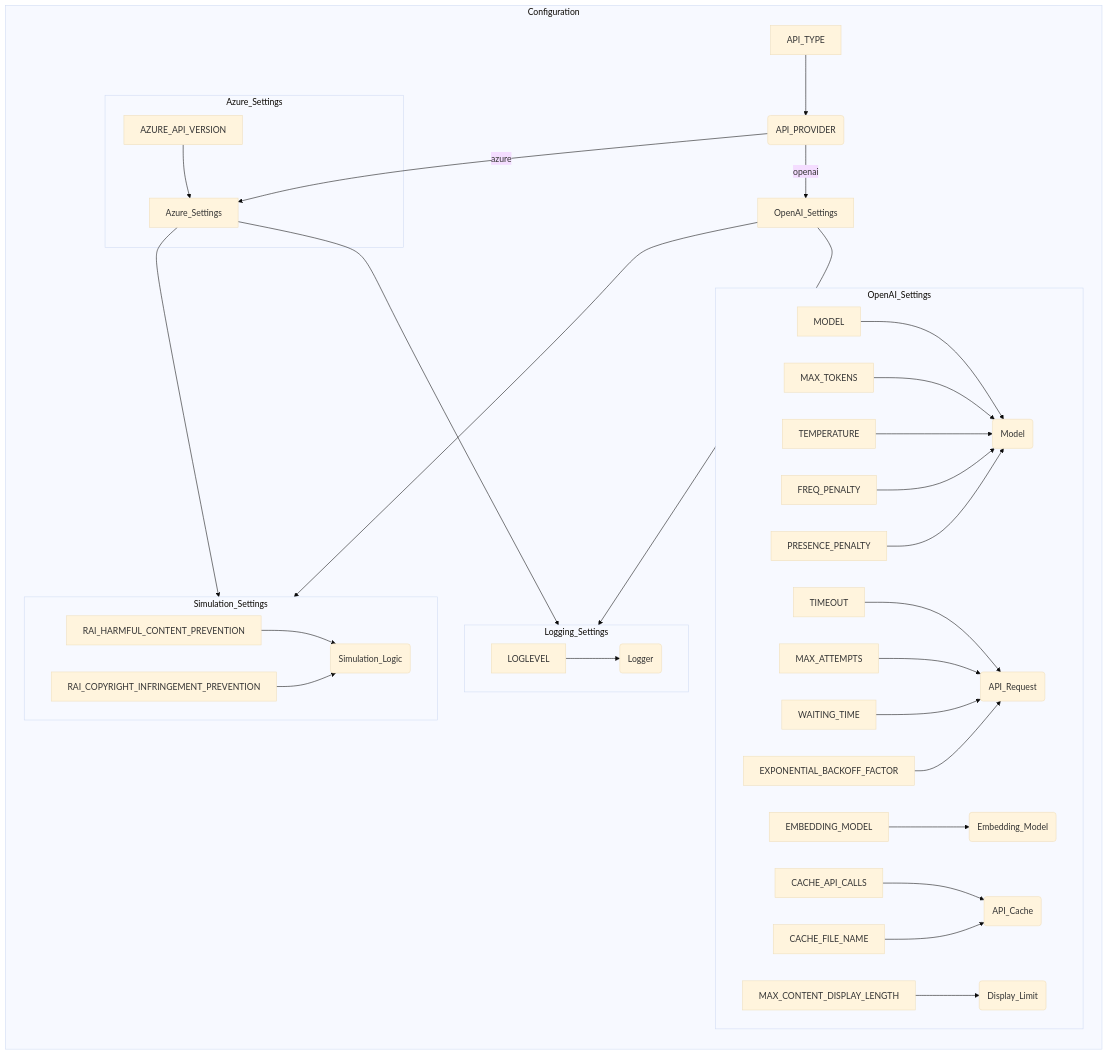
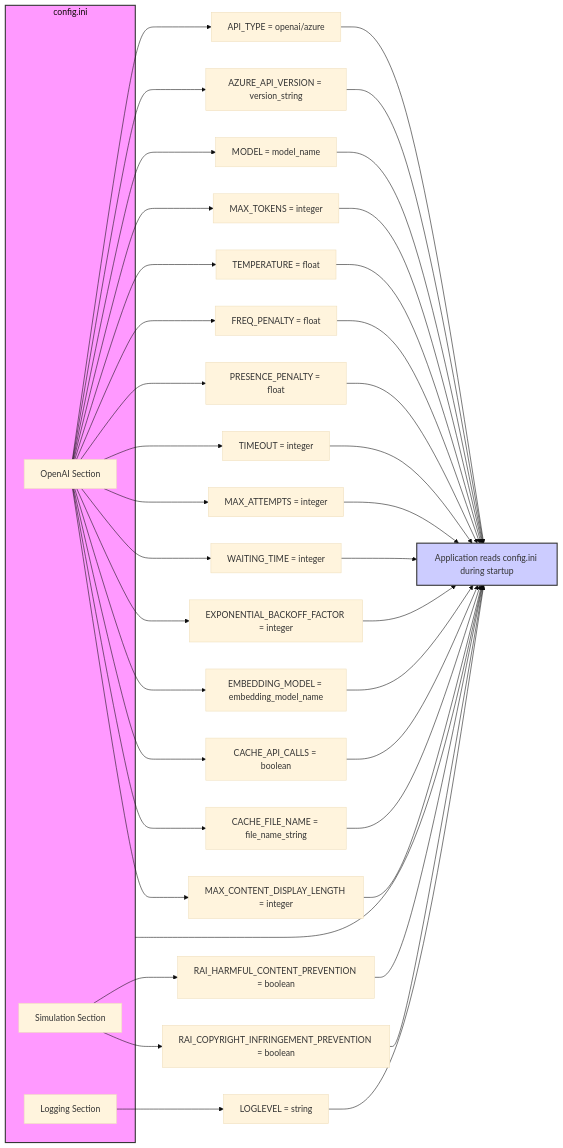
One commit to hypo69/hypo changed the diagram in docs/gemini/ru/explainer/src/ai/tiny_troupe/TinyTroupe/examples/config.ini.md. Above: the diagram before and after it, drawn with Mermaid (base theme). The commit also changed other lines of this file and 6031 other files, not shown here.

````diff
--- a/docs/gemini/ru/explainer/src/ai/tiny_troupe/TinyTroupe/examples/config.ini.md
+++ b/docs/gemini/ru/explainer/src/ai/tiny_troupe/TinyTroupe/examples/config.ini.md
@@ -44,39 +57,54 @@
 ```mermaid
 graph LR
-    subgraph Configuration
-        A[API_TYPE] --> B(API_PROVIDER);
-        B -- "openai" --> C[OpenAI_Settings];
-        B -- "azure" --> D[Azure_Settings];
+    subgraph config.ini
+    OpenAI_Section[OpenAI Section]
+    Simulation_Section[Simulation Section]
+    Logging_Section[Logging Section]
+    end
 
-        subgraph OpenAI_Settings
-            E[MODEL] --> F(Model);
-            G[MAX_TOKENS] --> F;
-            H[TEMPERATURE] --> F;
-            I[FREQ_PENALTY] --> F;
-            J[PRESENCE_PENALTY] --> F;
-            K[TIMEOUT] --> L(API_Request);
-            M[MAX_ATTEMPTS] --> L;
-            N[WAITING_TIME] --> L;
-            O[EXPONENTIAL_BACKOFF_FACTOR] --> L;
-            P[EMBEDDING_MODEL] --> Q(Embedding_Model);
-            R[CACHE_API_CALLS] --> S(API_Cache);
-            T[CACHE_FILE_NAME] --> S;
-            U[MAX_CONTENT_DISPLAY_LENGTH] --> V(Display_Limit);
-        end
+    OpenAI_Section --> API_TYPE[API_TYPE = openai/azure]
+    OpenAI_Section --> AZURE_API_VERSION[AZURE_API_VERSION = version_string]
+    OpenAI_Section --> MODEL[MODEL = model_name]
+    OpenAI_Section --> MAX_TOKENS[MAX_TOKENS = integer]
+    OpenAI_Section --> TEMPERATURE[TEMPERATURE = float]
+    OpenAI_Section --> FREQ_PENALTY[FREQ_PENALTY = float]
+    OpenAI_Section --> PRESENCE_PENALTY[PRESENCE_PENALTY = float]
+    OpenAI_Section --> TIMEOUT[TIMEOUT = integer]
+    OpenAI_Section --> MAX_ATTEMPTS[MAX_ATTEMPTS = integer]
+    OpenAI_Section --> WAITING_TIME[WAITING_TIME = integer]
+    OpenAI_Section --> EXPONENTIAL_BACKOFF_FACTOR[EXPONENTIAL_BACKOFF_FACTOR = integer]
+    OpenAI_Section --> EMBEDDING_MODEL[EMBEDDING_MODEL = embedding_model_name]
+    OpenAI_Section --> CACHE_API_CALLS[CACHE_API_CALLS = boolean]
+    OpenAI_Section --> CACHE_FILE_NAME[CACHE_FILE_NAME = file_name_string]
+    OpenAI_Section --> MAX_CONTENT_DISPLAY_LENGTH[MAX_CONTENT_DISPLAY_LENGTH = integer]
 
-        subgraph Azure_Settings
-            AA[AZURE_API_VERSION] --> D;
-        end
-        subgraph Simulation_Settings
-            BB[RAI_HARMFUL_CONTENT_PREVENTION] --> CC(Simulation_Logic);
-             DD[RAI_COPYRIGHT_INFRINGEMENT_PREVENTION] --> CC;
-        end
-        subgraph Logging_Settings
-            EE[LOGLEVEL] --> FF(Logger);
-        end
-    end
-    C --> Simulation_Settings
-    C --> Logging_Settings
-    D --> Simulation_Settings
-    D --> Logging_Settings
+    Simulation_Section --> RAI_HARMFUL_CONTENT_PREVENTION[RAI_HARMFUL_CONTENT_PREVENTION = boolean]
+    Simulation_Section --> RAI_COPYRIGHT_INFRINGEMENT_PREVENTION[RAI_COPYRIGHT_INFRINGEMENT_PREVENTION = boolean]
+
+    Logging_Section --> LOGLEVEL[LOGLEVEL = string]
+
+    
+    config.ini --> Application[Application reads config.ini during startup]
+    
+    API_TYPE --> Application
+    AZURE_API_VERSION --> Application
+    MODEL --> Application
+    MAX_TOKENS --> Application
+    TEMPERATURE --> Application
+    FREQ_PENALTY --> Application
+    PRESENCE_PENALTY --> Application
+    TIMEOUT --> Application
+    MAX_ATTEMPTS --> Application
+    WAITING_TIME --> Application
+    EXPONENTIAL_BACKOFF_FACTOR --> Application
+    EMBEDDING_MODEL --> Application
+    CACHE_API_CALLS --> Application
+    CACHE_FILE_NAME --> Application
+    MAX_CONTENT_DISPLAY_LENGTH --> Application
+    RAI_HARMFUL_CONTENT_PREVENTION --> Application
+    RAI_COPYRIGHT_INFRINGEMENT_PREVENTION --> Application
+    LOGLEVEL --> Application
+    
+    style config.ini fill:#f9f,stroke:#333,stroke-width:2px
+    style Application fill:#ccf,stroke:#333,stroke-width:2px
 ```
````
